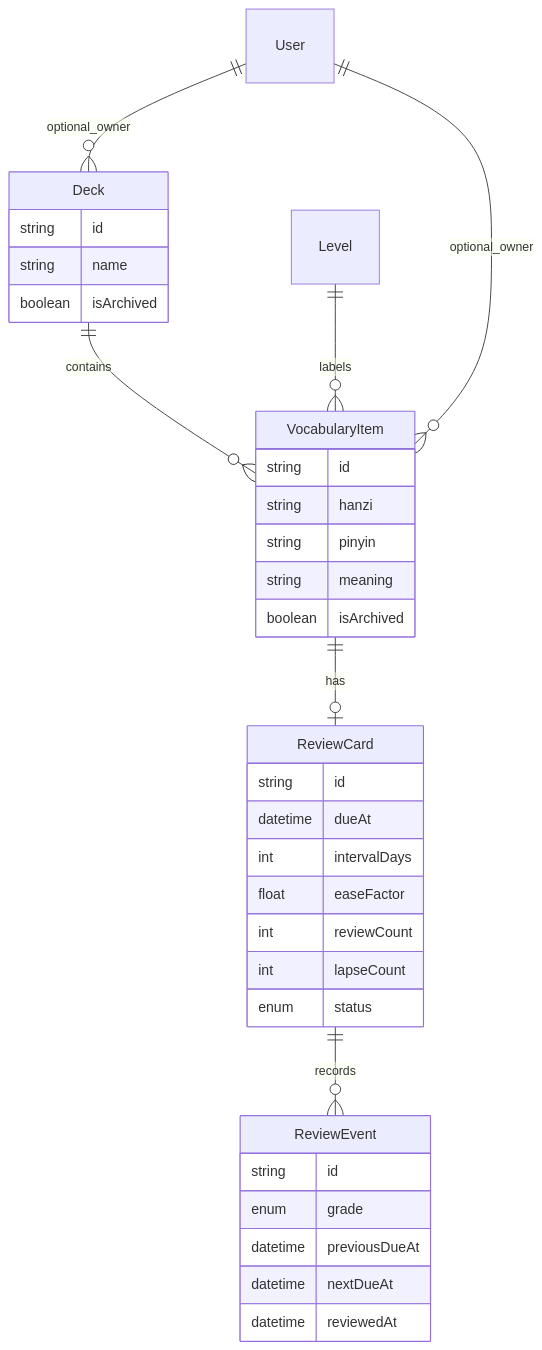
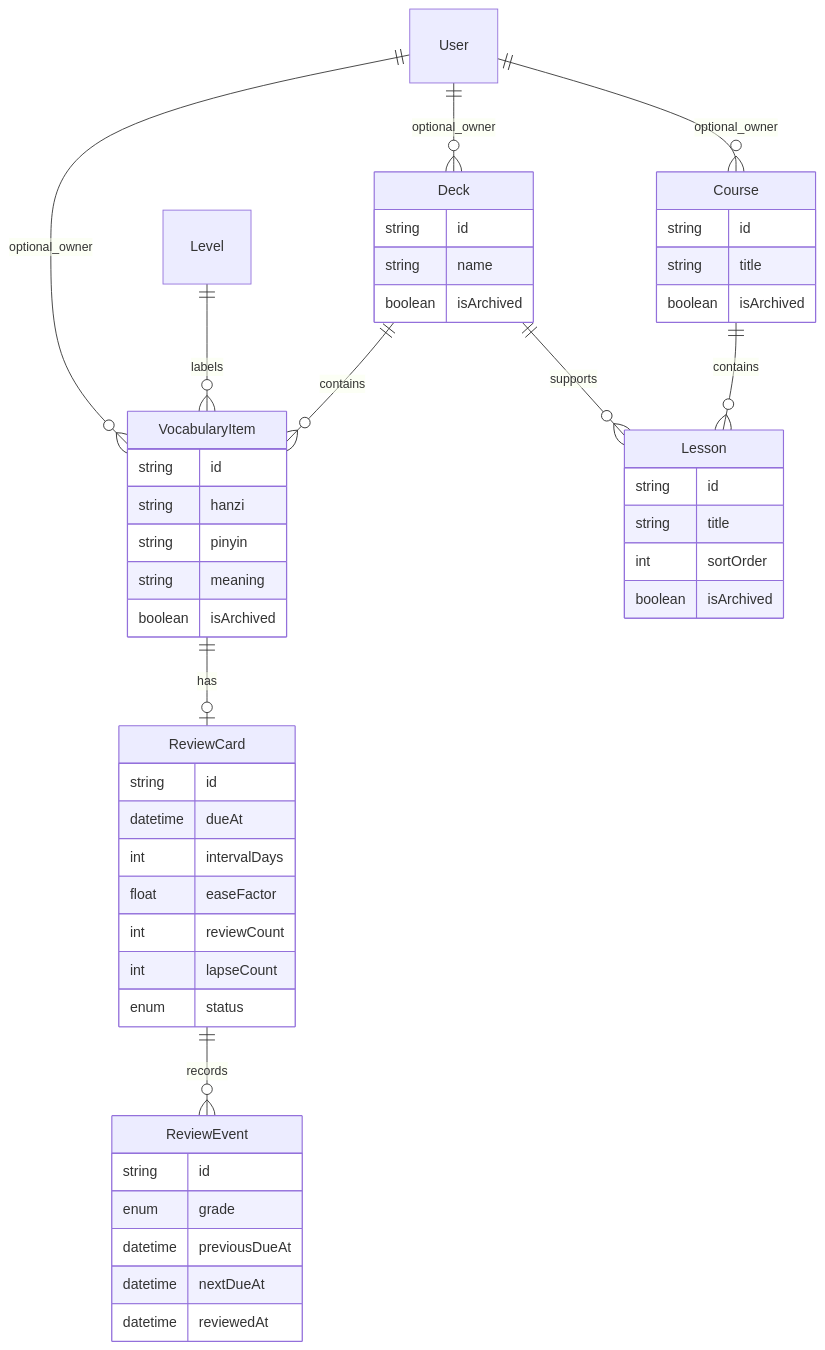
The diagram in docs/architecture.md (PhongTranNewbie/chinese-learning-companion), drawn with Mermaid before and after one commit. The commit also changed other lines of this file and 1 other file, not shown here.

Commit message:
docs: align MVP deployment docs

````diff
--- a/docs/architecture.md
+++ b/docs/architecture.md
@@ -46,41 +46,57 @@
 ```mermaid
 erDiagram
   Deck ||--o{ VocabularyItem : contains
+  Course ||--o{ Lesson : contains
+  Deck ||--o{ Lesson : supports
   Level ||--o{ VocabularyItem : labels
   VocabularyItem ||--o| ReviewCard : has
   ReviewCard ||--o{ ReviewEvent : records
   User ||--o{ VocabularyItem : optional_owner
   User ||--o{ Deck : optional_owner
+  User ||--o{ Course : optional_owner
 
   Deck {
     string id
     string name
+    boolean isArchived
+  }
+
+  Course {
+    string id
+    string title
+    boolean isArchived
+  }
+
+  Lesson {
+    string id
+    string title
+    int sortOrder
     boolean isArchived
   }
 
   VocabularyItem {
     string id
     string hanzi
     string pinyin
     string meaning
     boolean isArchived
   }
 
   ReviewCard {
     string id
     datetime dueAt
     int intervalDays
     float easeFactor
     int reviewCount
     int lapseCount
     enum status
   }
 
   ReviewEvent {
     string id
     enum grade
     datetime previousDueAt
     datetime nextDueAt
     datetime reviewedAt
   }
 ```
````
